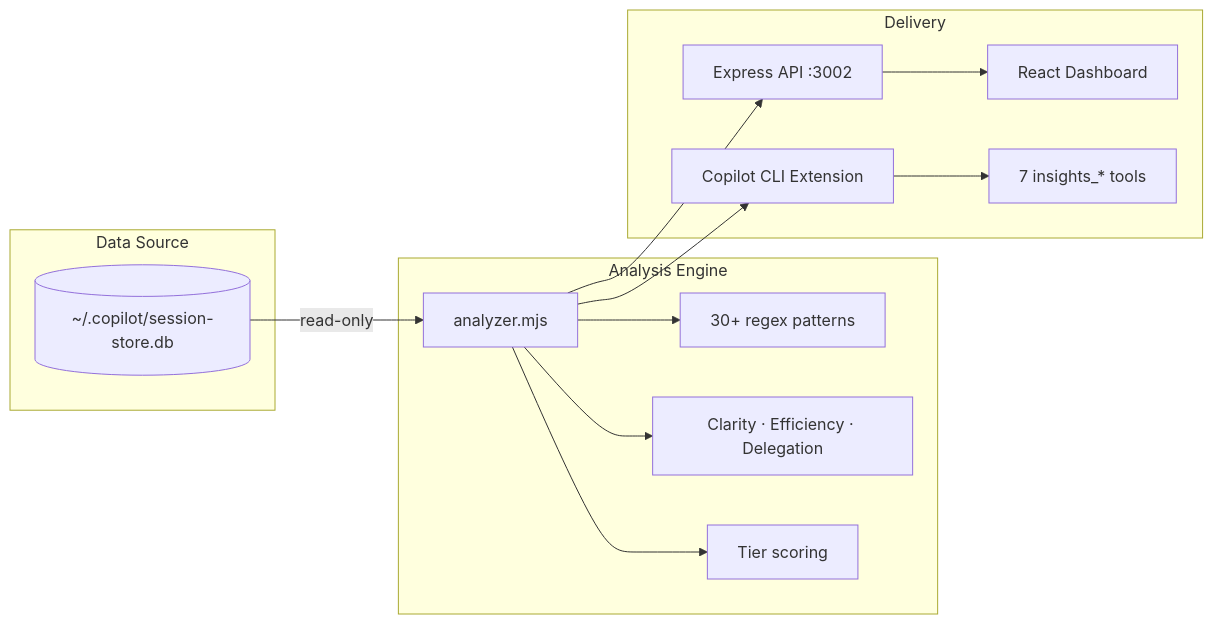
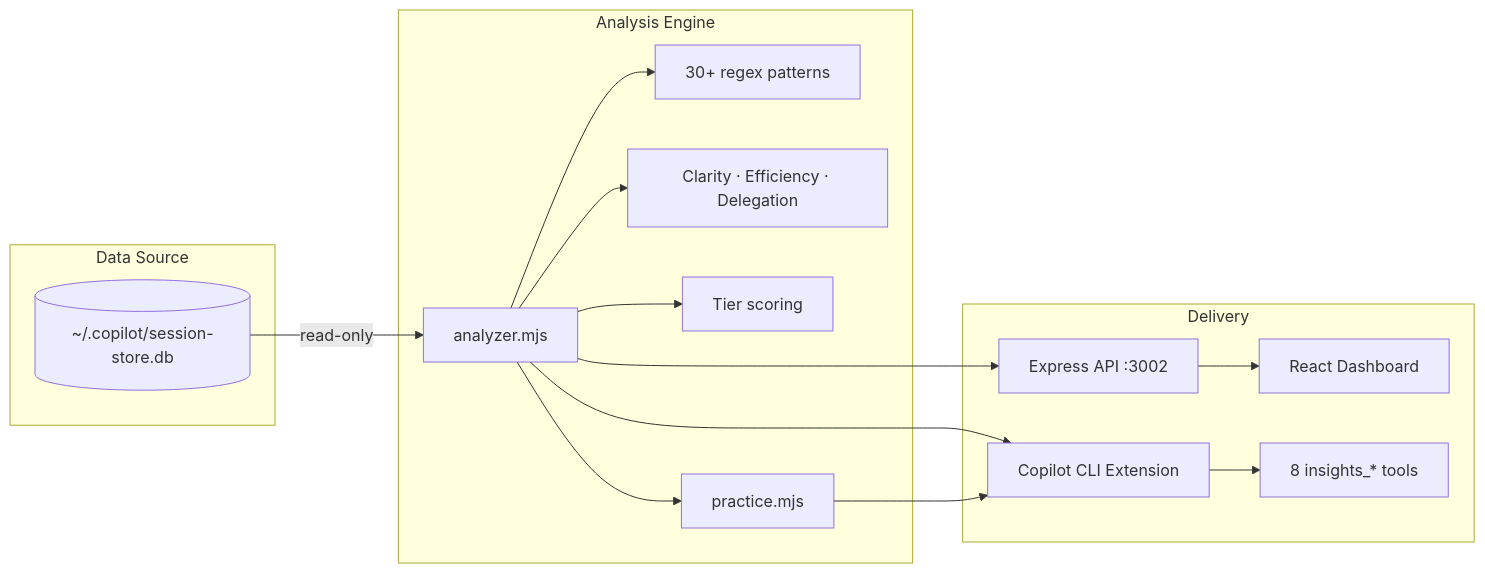
Before and after one commit to jackbatzner/copilot-insights: the diagram in README.md, drawn with Mermaid. The commit also changed other lines of this file and 2 other files, not shown here.

First line of the commit message:
docs: add CLI coaching extension to README and CHANGELOG

````diff
--- a/README.md
+++ b/README.md
@@ -204,20 +205,22 @@
 ```mermaid
 graph LR
     subgraph "Data Source"
         DB[(~/.copilot/session-store.db)]
     end
 
     subgraph "Analysis Engine"
         DB -->|read-only| Analyzer[analyzer.mjs]
         Analyzer --> Patterns[30+ regex patterns]
         Analyzer --> Pillars[Clarity · Efficiency · Delegation]
         Analyzer --> Tiers[Tier scoring]
+        Analyzer --> Practice[practice.mjs]
     end
 
     subgraph "Delivery"
         Analyzer --> API[Express API :3002]
         API --> UI[React Dashboard]
         Analyzer --> CLI[Copilot CLI Extension]
-        CLI --> Tools[7 insights_* tools]
+        Practice --> CLI
+        CLI --> Tools[8 insights_* tools]
     end
 ```
````
